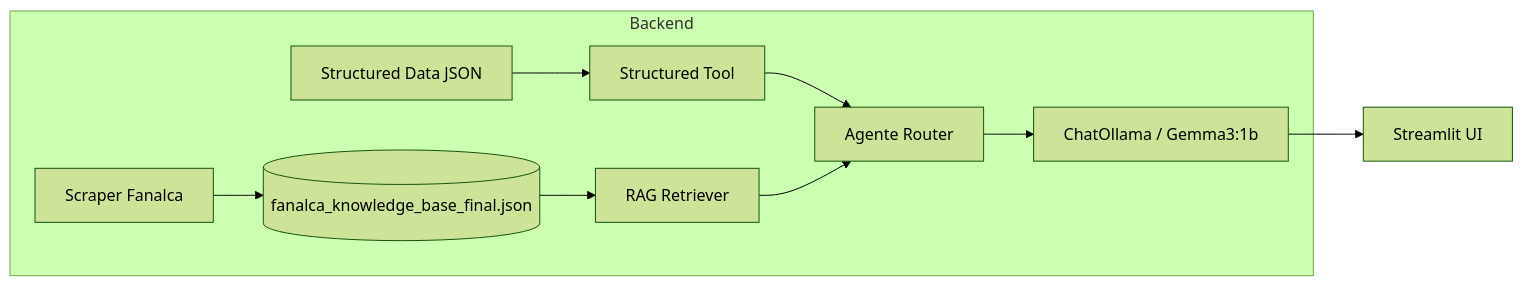
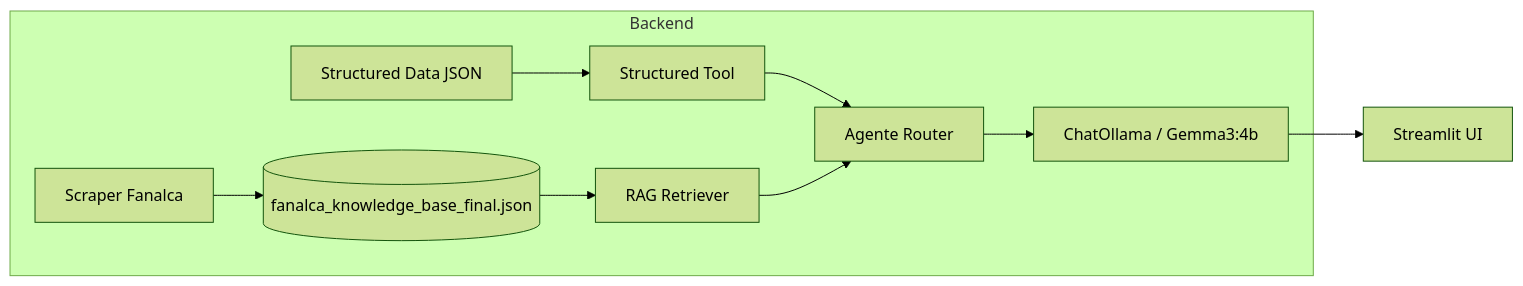
The third of 3 diagrams in README.md (CamiloPE12/Botfa), drawn with Mermaid (forest theme) before and after one commit. The commit also changed other lines of this file, not shown here.

````diff
--- a/README.md
+++ b/README.md
@@ -201,12 +201,12 @@
 ```mermaid
 flowchart LR
     subgraph Backend
         A1[Scraper Fanalca] --> KB[(fanalca_knowledge_base_final.json)]
         A2[Structured Data JSON] --> Tool[Structured Tool]
         KB --> Retriever[RAG Retriever]
         Tool --> Agent[Agente Router]
         Retriever --> Agent
-        Agent --> LLM[ChatOllama / Gemma3:1b]
+        Agent --> LLM[ChatOllama / Gemma3:4b]
     end
     LLM --> UI[Streamlit UI]
 ```
````
